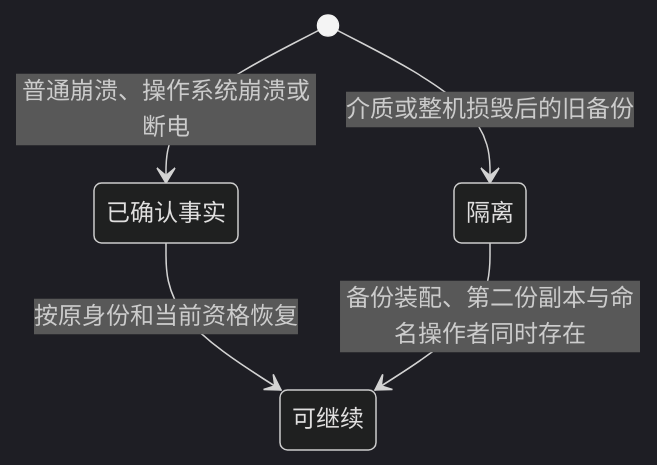
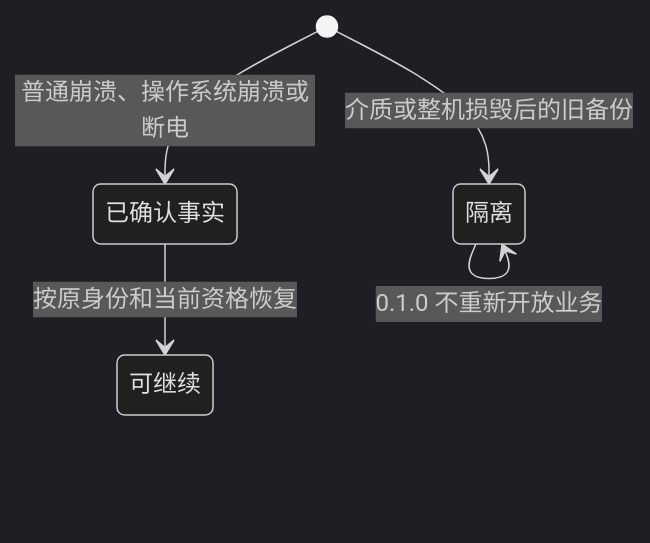
The third of 3 diagrams in docs/architecture/data-and-state.md (nemori-ai/omne-harness-lite), drawn with Mermaid (dark theme) before and after one commit. The commit also changed other lines of this file and 1 other file, not shown here.

````diff
--- a/docs/architecture/data-and-state.md
+++ b/docs/architecture/data-and-state.md
@@ -240,7 +240,7 @@
 ```mermaid
 stateDiagram-v2
   [*] --> 已确认事实: 普通崩溃、操作系统崩溃或断电
   已确认事实 --> 可继续: 按原身份和当前资格恢复
   [*] --> 隔离: 介质或整机损毁后的旧备份
-  隔离 --> 可继续: 备份装配、第二份副本与命名操作者同时存在
+  隔离 --> 隔离: 0.1.0 不重新开放业务
 ```
````
